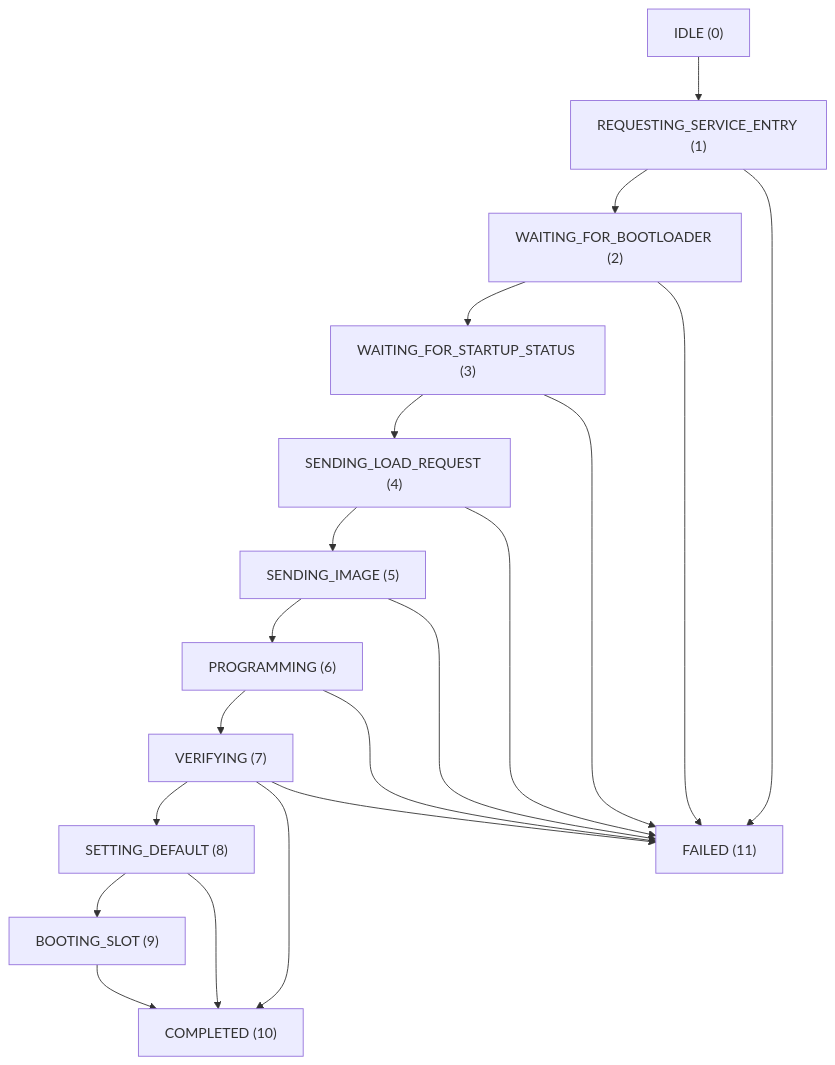
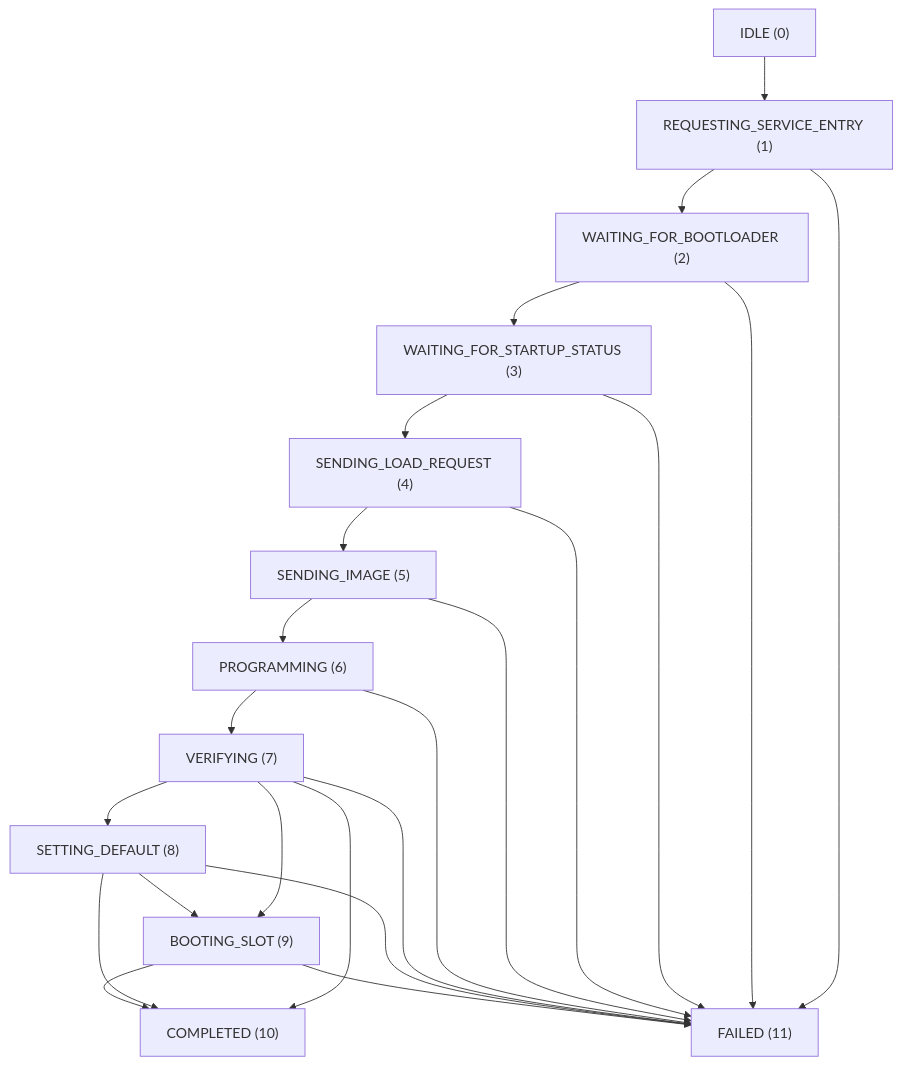
One commit to nexatom-research/nexatom-downloads changed the diagram in docs/01_getting_started/1_4_firmware.md. Above: the diagram before and after it, drawn with Mermaid. The commit also changed other lines of this file and 6 other files, not shown here.

````diff
--- a/docs/01_getting_started/1_4_firmware.md
+++ b/docs/01_getting_started/1_4_firmware.md
@@ -77,22 +77,25 @@
 ```mermaid
 flowchart TD
     A["IDLE (0)"] --> B["REQUESTING_SERVICE_ENTRY (1)"]
     B --> C["WAITING_FOR_BOOTLOADER (2)"]
     C --> D["WAITING_FOR_STARTUP_STATUS (3)"]
     D --> E["SENDING_LOAD_REQUEST (4)"]
     E --> F["SENDING_IMAGE (5)"]
     F --> G["PROGRAMMING (6)"]
     G --> H["VERIFYING (7)"]
     H --> I["SETTING_DEFAULT (8)"]
     H --> J["COMPLETED (10)"]
+    H --> K["BOOTING_SLOT (9)"]
     I --> K["BOOTING_SLOT (9)"]
     I --> J
     K --> J
     B --> L["FAILED (11)"]
     C --> L
     D --> L
     E --> L
     F --> L
     G --> L
     H --> L
+    I --> L
+    K --> L
 ```
````
